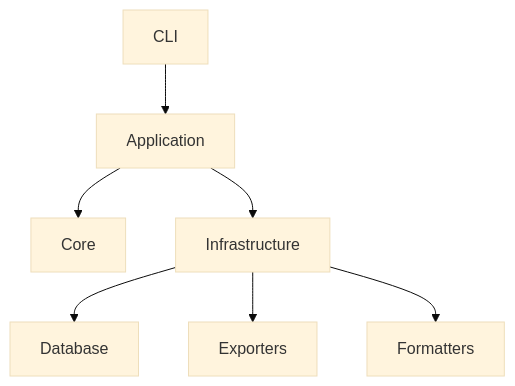
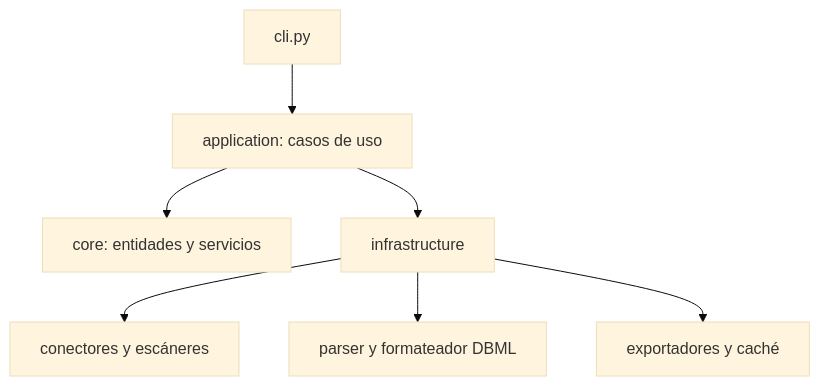
The diagram in docs/index.md (JasRockr/Scavengr), drawn with Mermaid (base theme) before and after one commit. The commit also changed other lines of this file and 9 other files, not shown here.

````diff
--- a/docs/index.md
+++ b/docs/index.md
@@ -114,9 +29,9 @@
 ```mermaid
 graph TD
-    A[CLI] --> B[Application]
-    B --> C[Core]
-    B --> D[Infrastructure]
-    D --> E[Database]
-    D --> F[Exporters]
-    D --> G[Formatters]
+    CLI[cli.py] --> APP[application: casos de uso]
+    APP --> CORE[core: entidades y servicios]
+    APP --> INFRA[infrastructure]
+    INFRA --> DB[conectores y escáneres]
+    INFRA --> DBML[parser y formateador DBML]
+    INFRA --> OUT[exportadores y caché]
 ```
````
